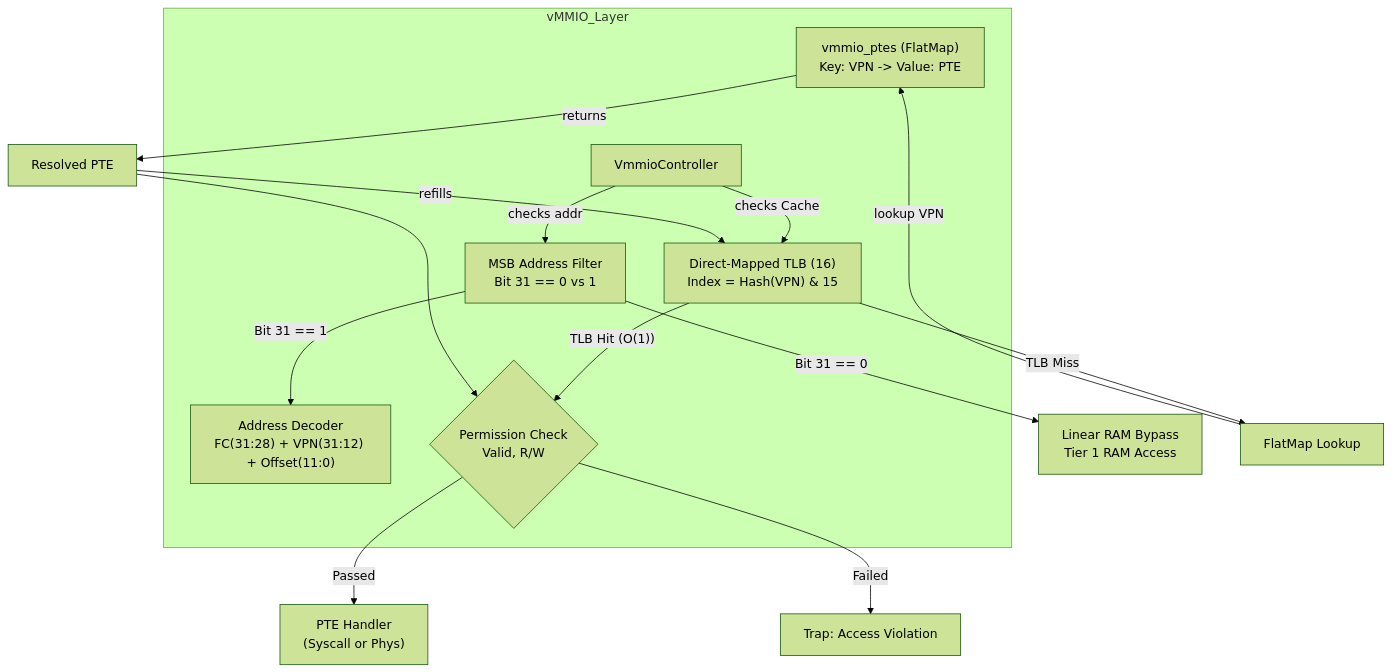
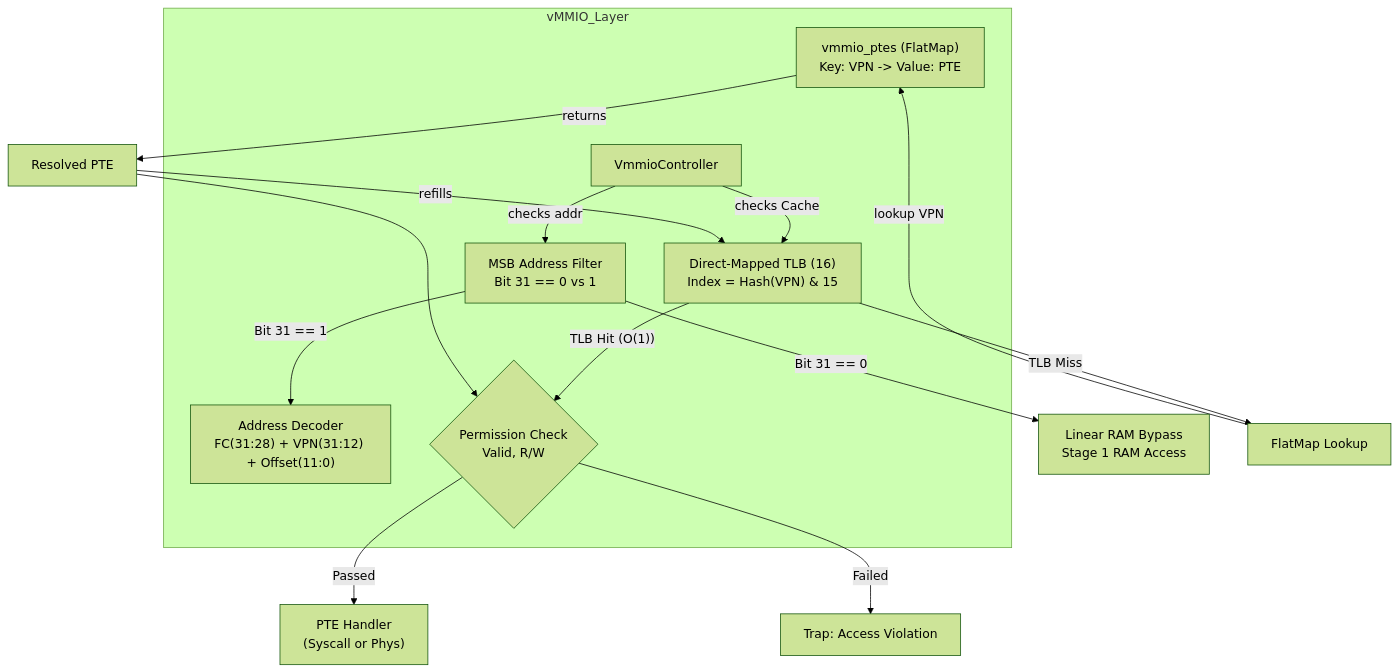
The first of 5 diagrams in docs/components/tier2_runtime/runtime_vmmio.md (kmt-t/fireball), drawn with Mermaid (forest theme) before and after one commit. The commit also changed other lines of this file and 51 other files, not shown here.

````diff
--- a/docs/components/tier2_runtime/runtime_vmmio.md
+++ b/docs/components/tier2_runtime/runtime_vmmio.md
@@ -62,24 +62,24 @@
 ```mermaid
 graph TD
     subgraph vMMIO_Layer
         Filter["MSB Address Filter<br/>Bit 31 == 0 vs 1"]
         Decoder["Address Decoder<br/>FC(31:28) + VPN(31:12) + Offset(11:0)"]
         FlatMap["vmmio_ptes (FlatMap)<br/>Key: VPN -> Value: PTE"]
         TLB["Direct-Mapped TLB (16)<br/>Index = Hash(VPN) & 15"]
         Controller["VmmioController"]
         PermGate{"Permission Check<br/>Valid, R/W"}
     end
 
     Controller -- checks addr --> Filter
-    Filter -- Bit 31 == 0 --> Bypass["Linear RAM Bypass<br/>Tier 1 RAM Access"]
+    Filter -- Bit 31 == 0 --> Bypass["Linear RAM Bypass<br/>Stage 1 RAM Access"]
     Filter -- Bit 31 == 1 --> Decoder
     Controller -- checks Cache --> TLB
     TLB -- TLB Hit (O(1)) --> PermGate
     TLB -- TLB Miss --> Walk[FlatMap Lookup]
     Walk -- lookup VPN --> FlatMap
     FlatMap -- returns --> WalkResult[Resolved PTE]
     WalkResult -- refills --> TLB
     WalkResult --> PermGate
     PermGate -- "Passed" --> Handler["PTE Handler<br/>(Syscall or Phys)"]
     PermGate -- "Failed" --> Trap["Trap: Access Violation"]
 ```
````
